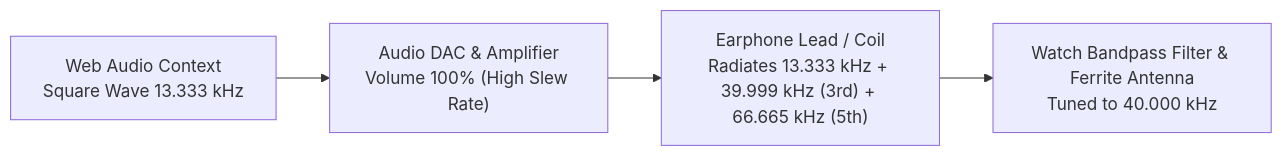
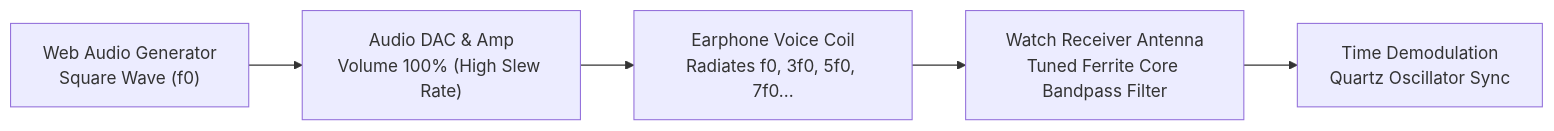
Before and after one commit to 9M2PJU/9M2PJU-WebTimeSignal: the first of 5 diagrams in README.md, drawn with Mermaid. The commit also changed other lines of this file, not shown here.

Commit message:
docs: exhaustive complete README rewrite with physics, protocols, atomic NTP, and diagrams

````diff
--- a/README.md
+++ b/README.md
@@ -61,6 +91,7 @@
 ```mermaid
 flowchart LR
-    A["Web Audio Context<br/>Square Wave 13.333 kHz"] --> B["Audio DAC & Amplifier<br/>Volume 100% (High Slew Rate)"]
-    B --> C["Earphone Lead / Coil<br/>Radiates 13.333 kHz + 39.999 kHz (3rd) + 66.665 kHz (5th)"]
-    C --> D["Watch Bandpass Filter & Ferrite Antenna<br/>Tuned to 40.000 kHz"]
+    A["Web Audio Generator<br/>Square Wave (f0)"] --> B["Audio DAC & Amp<br/>Volume 100% (High Slew Rate)"]
+    B --> C["Earphone Voice Coil<br/>Radiates f0, 3f0, 5f0, 7f0..."]
+    C --> D["Watch Receiver Antenna<br/>Tuned Ferrite Core Bandpass Filter"]
+    D --> E["Time Demodulation<br/>Quartz Oscillator Sync"]
 ```
````
